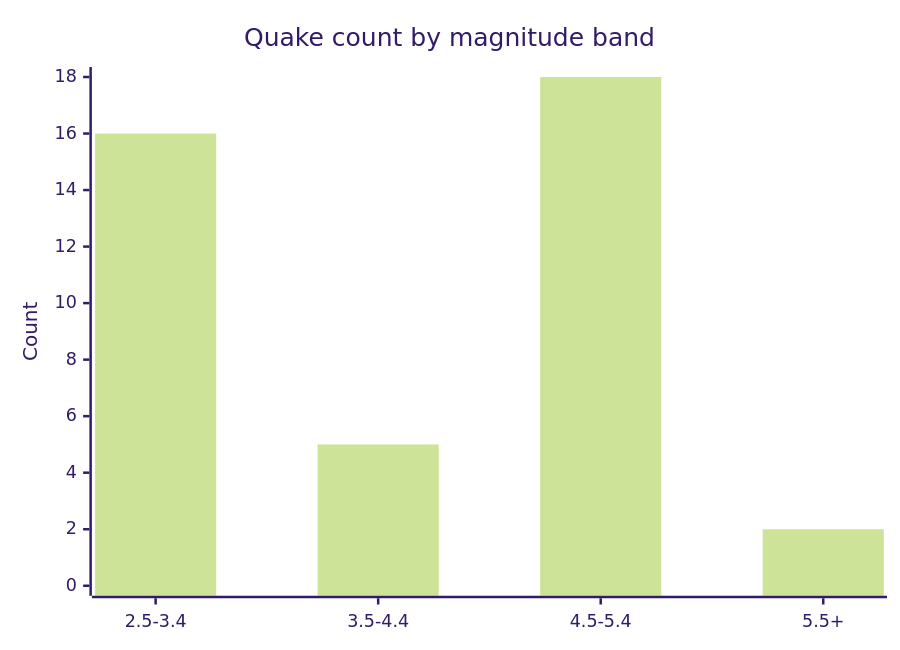
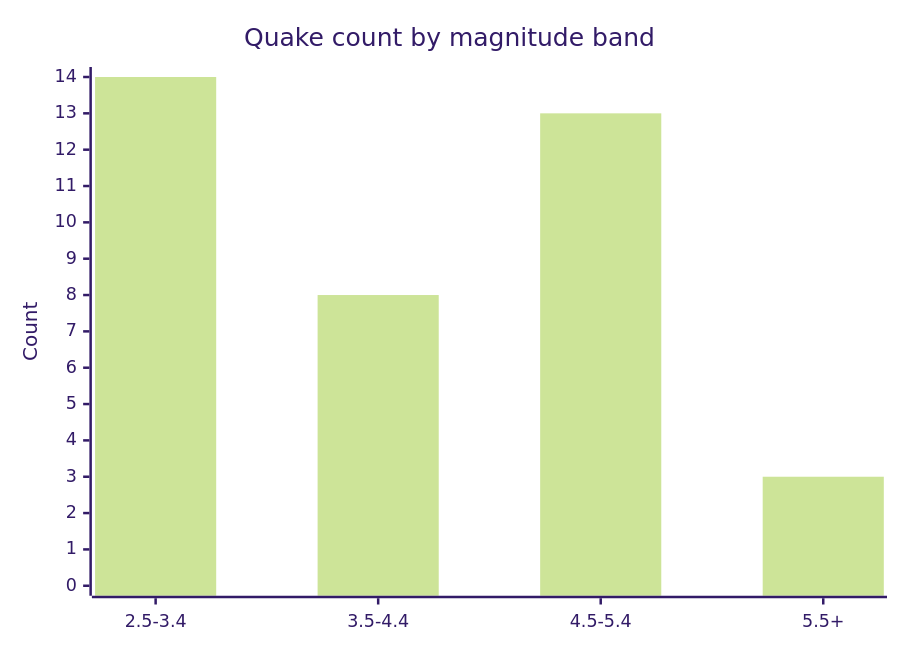
One commit to Midwest-Stratospheric/aerostratospheric-defense-gir changed the fifth of 6 diagrams in docs/GRAPHS.md. Above: the diagram before and after it, drawn with Mermaid (forest theme). The commit also changed other lines of this file and 23 other files, not shown here.

````diff
--- a/docs/GRAPHS.md
+++ b/docs/GRAPHS.md
@@ -82,7 +82,7 @@
 ```mermaid
 xychart-beta
   title "Quake count by magnitude band"
   x-axis ["2.5-3.4", "3.5-4.4", "4.5-5.4", "5.5+"]
-  y-axis "Count" 0 --> 18
-  bar [16, 5, 18, 2]
+  y-axis "Count" 0 --> 14
+  bar [14, 8, 13, 3]
 ```
````
